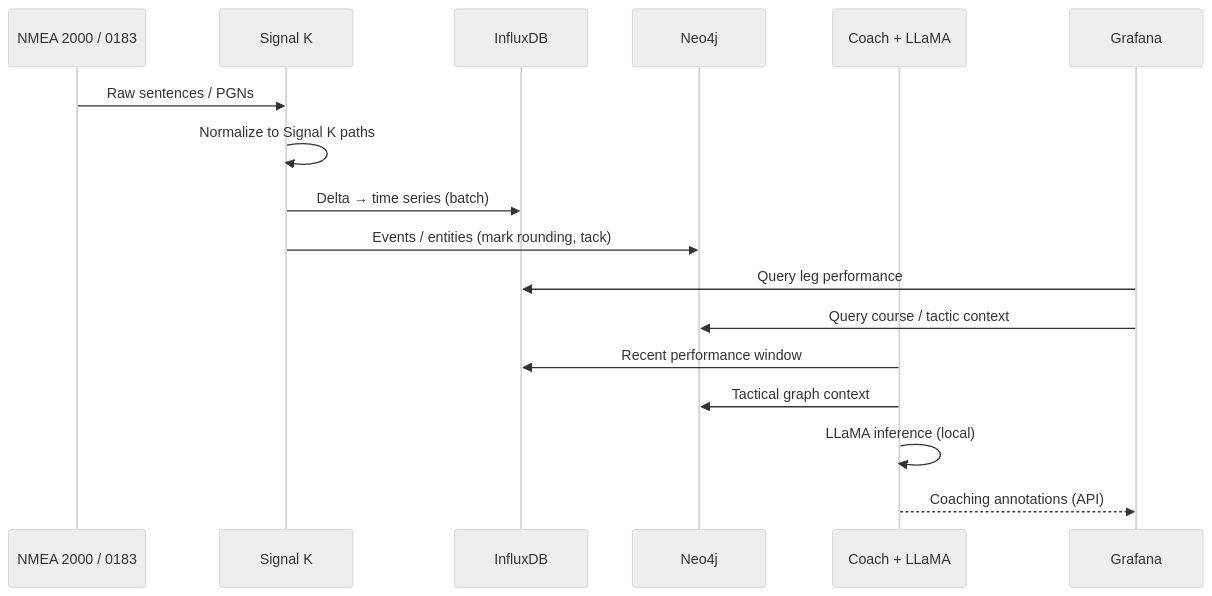
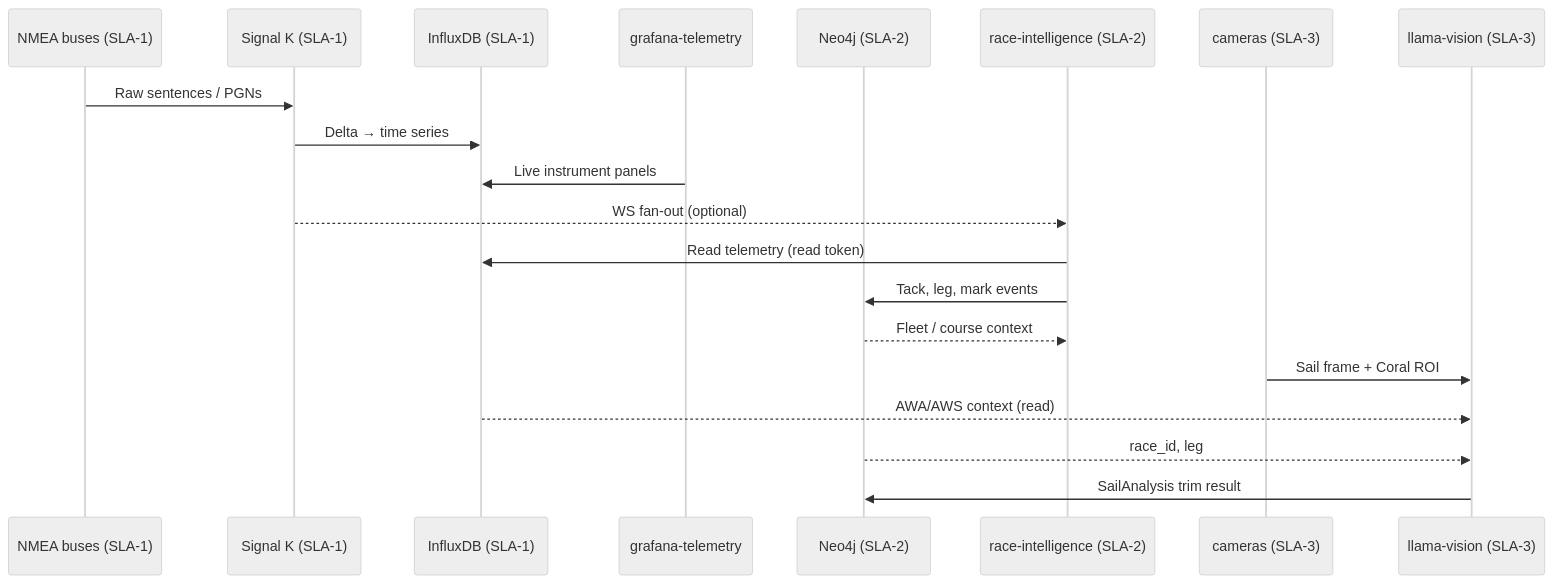
One commit to cognite-fholm/AI-sailing-system changed the fifth of 8 diagrams in spec.md. Above: the diagram before and after it, drawn with Mermaid (neutral theme). The commit also changed other lines of this file and 4 other files, not shown here.

First line of the commit message:
Define three-tier SLA architecture with isolated containers per tier.

````diff
--- a/spec.md
+++ b/spec.md
@@ -175,20 +410,25 @@
 ```mermaid
 sequenceDiagram
-    participant N2K as NMEA 2000 / 0183
-    participant SK as Signal K
-    participant IFX as InfluxDB
-    participant N4J as Neo4j
-    participant AI as Coach + LLaMA
-    participant GF as Grafana
+    participant N2K as NMEA buses (SLA-1)
+    participant SK as Signal K (SLA-1)
+    participant IFX as InfluxDB (SLA-1)
+    participant G1 as grafana-telemetry
+    participant N4J as Neo4j (SLA-2)
+    participant RACE as race-intelligence (SLA-2)
+    participant CAM as cameras (SLA-3)
+    participant VLLM as llama-vision (SLA-3)
 
     N2K->>SK: Raw sentences / PGNs
-    SK->>SK: Normalize to Signal K paths
-    SK->>IFX: Delta → time series (batch)
-    SK->>N4J: Events / entities (mark rounding, tack)
-    GF->>IFX: Query leg performance
-    GF->>N4J: Query course / tactic context
-    AI->>IFX: Recent performance window
-    AI->>N4J: Tactical graph context
-    AI->>AI: LLaMA inference (local)
-    AI-->>GF: Coaching annotations (API)
+    SK->>IFX: Delta → time series
+    G1->>IFX: Live instrument panels
+
+    SK-->>RACE: WS fan-out (optional)
+    RACE->>IFX: Read telemetry (read token)
+    RACE->>N4J: Tack, leg, mark events
+    N4J-->>RACE: Fleet / course context
+
+    CAM->>VLLM: Sail frame + Coral ROI
+    IFX-->>VLLM: AWA/AWS context (read)
+    N4J-->>VLLM: race_id, leg
+    VLLM->>N4J: SailAnalysis trim result
 ```
````
